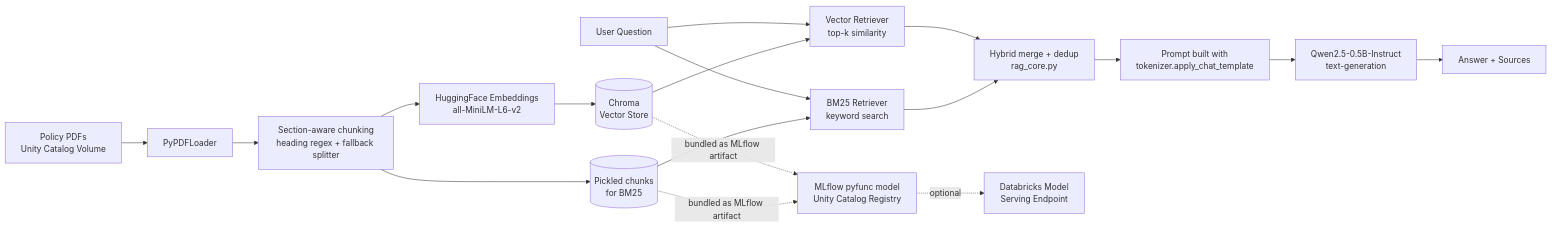
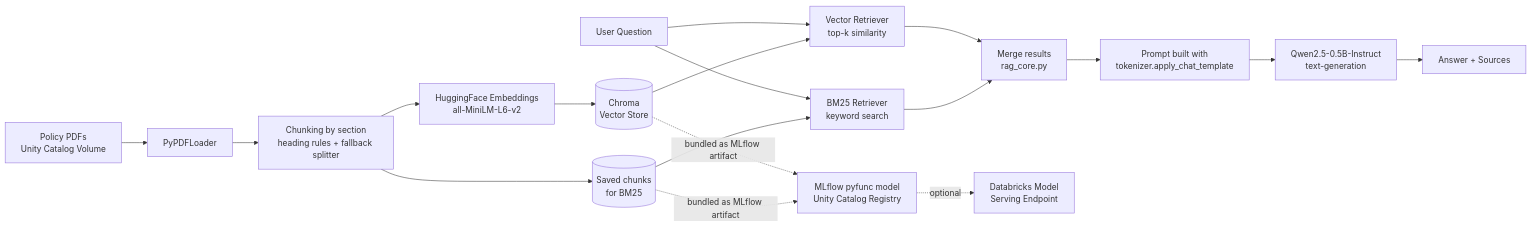
The diagram in README.md (miran-io/policy-rag-agent), drawn with Mermaid before and after one commit. The commit also changed other lines of this file, not shown here.

````diff
--- a/README.md
+++ b/README.md
@@ -56,22 +49,22 @@
 ```mermaid
 flowchart LR
     A[Policy PDFs<br/>Unity Catalog Volume] --> B[PyPDFLoader]
-    B --> C[Section-aware chunking<br/>heading regex + fallback splitter]
+    B --> C[Chunking by section<br/>heading rules + fallback splitter]
     C --> D[HuggingFace Embeddings<br/>all-MiniLM-L6-v2]
     D --> E[(Chroma<br/>Vector Store)]
-    C --> P[(Pickled chunks<br/>for BM25)]
+    C --> P[(Saved chunks<br/>for BM25)]
 
     Q[User Question] --> F[Vector Retriever<br/>top-k similarity]
     Q --> G[BM25 Retriever<br/>keyword search]
     E --> F
     P --> G
-    F --> H[Hybrid merge + dedup<br/>rag_core.py]
+    F --> H[Merge results<br/>rag_core.py]
     G --> H
     H --> I[Prompt built with<br/>tokenizer.apply_chat_template]
     I --> J[Qwen2.5-0.5B-Instruct<br/>text-generation]
     J --> K[Answer + Sources]
 
     E -.bundled as MLflow artifact.-> L[MLflow pyfunc model<br/>Unity Catalog Registry]
     P -.bundled as MLflow artifact.-> L
     L -.optional.-> M[Databricks Model<br/>Serving Endpoint]
 ```
````
